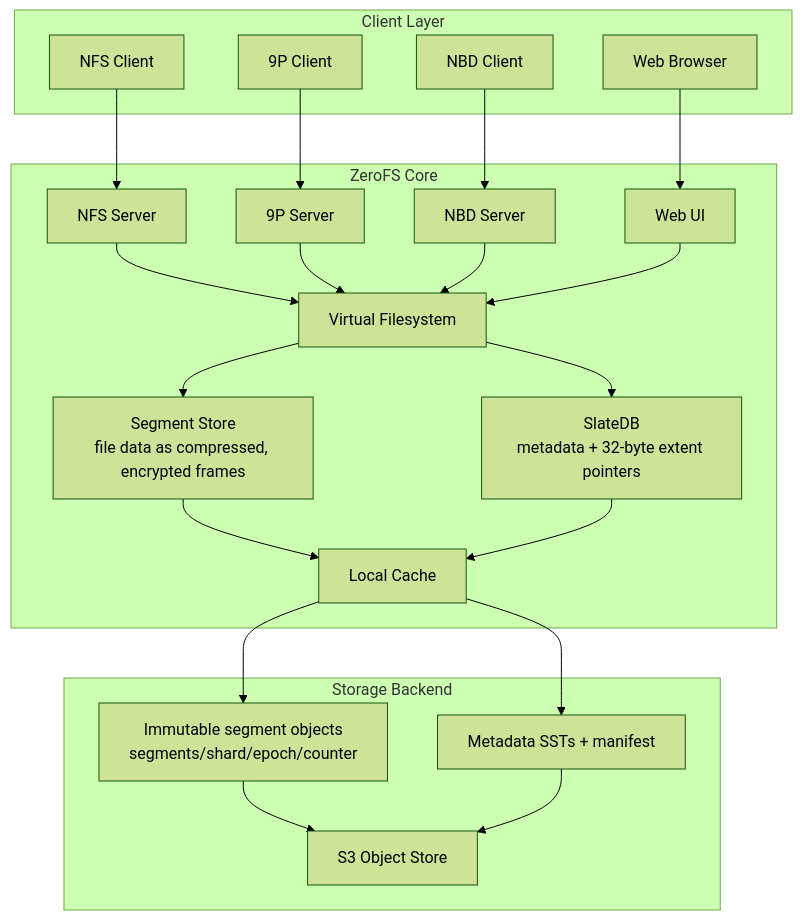
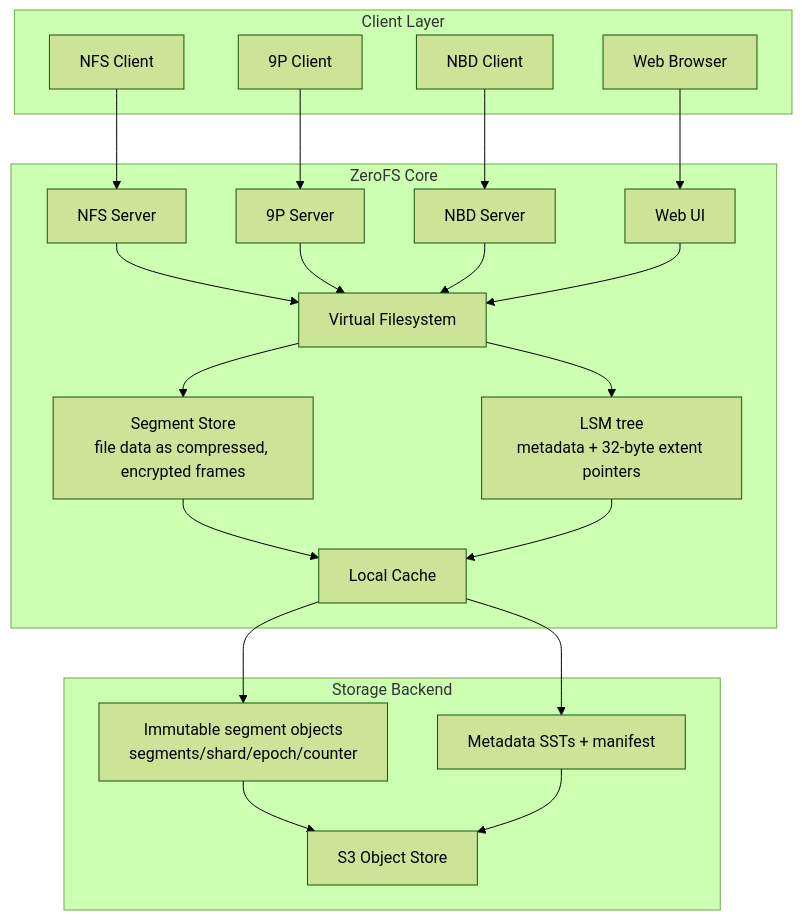
Before and after one commit to Barre/ZeroFS: the diagram in README.md, drawn with Mermaid (forest theme). The commit also changed other lines of this file and 9 other files, not shown here.

Commit message:
Say the LSM tree instead of SlateDB across the docs, since readers don't know the embedded engine by name

````diff
--- a/README.md
+++ b/README.md
@@ -115,46 +115,46 @@
 ```mermaid
 
 graph TB
     subgraph "Client Layer"
         NFS[NFS Client]
         P9[9P Client]
         NBD[NBD Client]
         WEB[Web Browser]
     end
     
     subgraph "ZeroFS Core"
         NFSD[NFS Server]
         P9D[9P Server]
         NBDD[NBD Server]
         WEBUI[Web UI]
         VFS[Virtual Filesystem]
         SEG[Segment Store<br/>file data as compressed, encrypted frames]
-        SLATE[SlateDB<br/>metadata + 32-byte extent pointers]
+        SLATE[LSM tree<br/>metadata + 32-byte extent pointers]
         CACHE[Local Cache]
         
         NFSD --> VFS
         P9D --> VFS
         NBDD --> VFS
         WEBUI --> VFS
         VFS --> SEG
         VFS --> SLATE
         SEG --> CACHE
         SLATE --> CACHE
     end
     
     subgraph "Storage Backend"
         SEGOBJ[Immutable segment objects<br/>segments/shard/epoch/counter]
         SSTS[Metadata SSTs + manifest]
         S3[S3 Object Store]
         
         CACHE --> SEGOBJ
         CACHE --> SSTS
         SEGOBJ --> S3
         SSTS --> S3
     end
     
     NFS --> NFSD
     P9 --> P9D
     NBD --> NBDD
     WEB --> WEBUI
 ```
````
